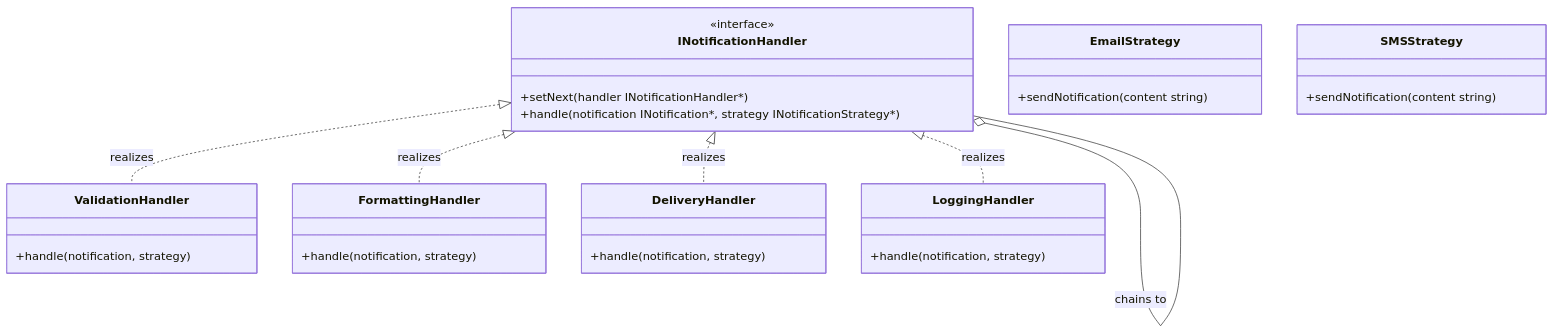
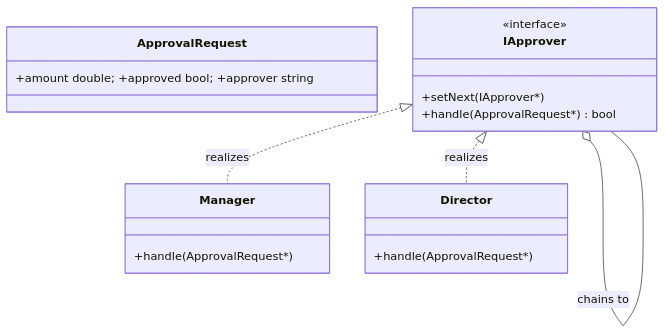
Before and after one commit to dasakash26/system-design: the diagram in lld/notes/14_Chain of Responsibility Pattern/14_Chain of Responsibility Pattern.md, drawn with Mermaid. The commit also changed other lines of this file and 7 other files, not shown here.

````diff
--- a/lld/notes/14_Chain of Responsibility Pattern/14_Chain of Responsibility Pattern.md
+++ b/lld/notes/14_Chain of Responsibility Pattern/14_Chain of Responsibility Pattern.md
@@ -82,33 +21,16 @@
 ```mermaid
 classDiagram
     direction TB
-    class INotificationHandler {
+    class ApprovalRequest { +amount double; +approved bool; +approver string }
+    class IApprover {
         <<interface>>
-        +setNext(handler INotificationHandler*)
-        +handle(notification INotification*, strategy INotificationStrategy*)
+        +setNext(IApprover*)
+        +handle(ApprovalRequest*) bool
     }
-    class ValidationHandler {
-        +handle(notification, strategy)
-    }
-    class FormattingHandler {
-        +handle(notification, strategy)
-    }
-    class DeliveryHandler {
-        +handle(notification, strategy)
-    }
-    class LoggingHandler {
-        +handle(notification, strategy)
-    }
-    class EmailStrategy {
-        +sendNotification(content string)
-    }
-    class SMSStrategy {
-        +sendNotification(content string)
-    }
+    class Manager { +handle(ApprovalRequest*) }
+    class Director { +handle(ApprovalRequest*) }
 
-    INotificationHandler <|.. ValidationHandler : realizes
-    INotificationHandler <|.. FormattingHandler : realizes
-    INotificationHandler <|.. DeliveryHandler : realizes
-    INotificationHandler <|.. LoggingHandler : realizes
-    INotificationHandler o-- INotificationHandler : chains to
+    IApprover <|.. Manager : realizes
+    IApprover <|.. Director : realizes
+    IApprover o-- IApprover : chains to
 ```
````
